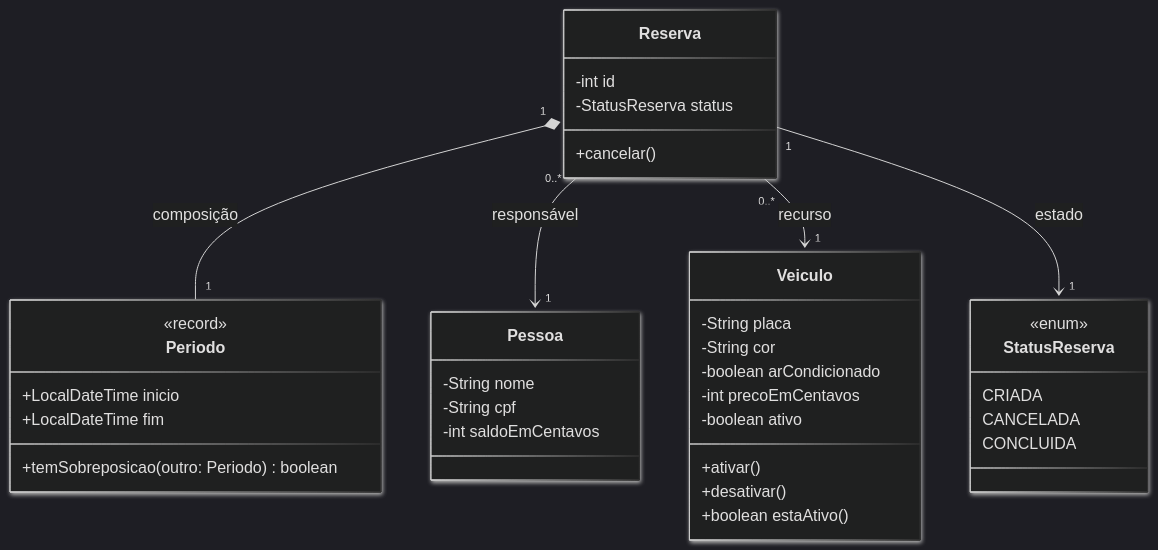
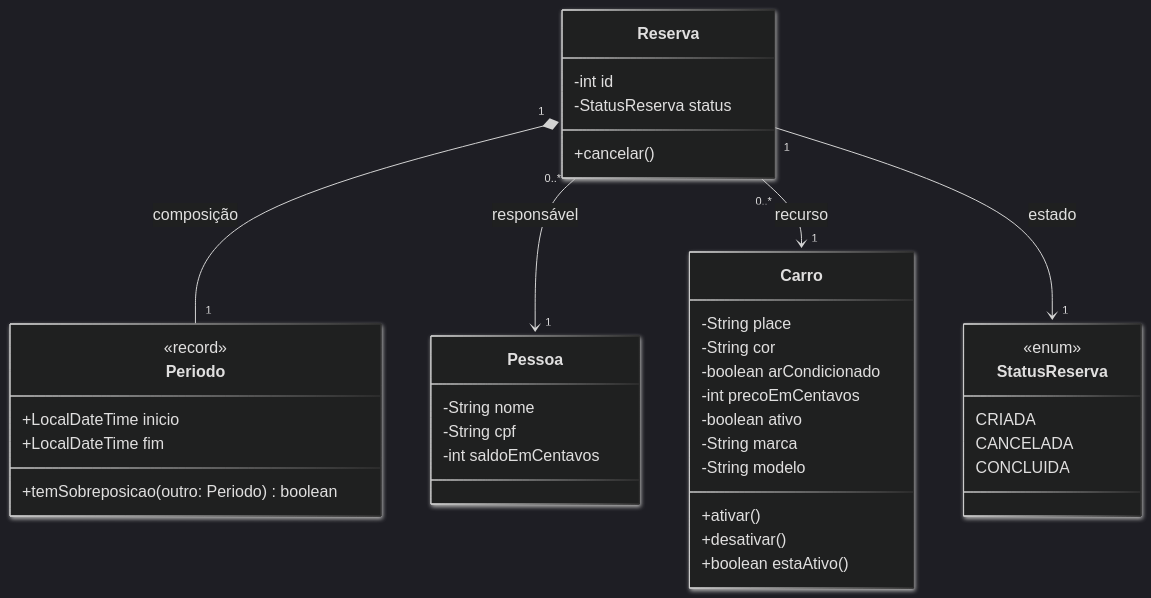
Before and after one commit to Vinny-26/java-project: the diagram in docs/diagrama-de-classes.md, drawn with Mermaid. The commit also changed 4 other files, not shown here.

````diff
--- a/docs/diagrama-de-classes.md
+++ b/docs/diagrama-de-classes.md
@@ -1,50 +1,52 @@
 ```mermaid
 ---
 config:
   theme: dark
   look: neo
 ---
 classDiagram
     
     class StatusReserva {
       <<enum>>
       CRIADA
       CANCELADA
       CONCLUIDA
     }
     
     class Pessoa {
       -String nome
       -String cpf
       -int saldoEmCentavos
     }
     
-    class Veiculo {
-      -String placa
+    class Carro {
+      -String place
       -String cor
       -boolean arCondicionado
       -int precoEmCentavos
       -boolean ativo
+      -String marca
+      -String modelo
       +ativar()
       +desativar()
       +boolean estaAtivo()
     }
 
     class Periodo {
         <<record>>
         +LocalDateTime inicio
         +LocalDateTime fim
         +temSobreposicao(outro: Periodo) boolean
     }
 
     class Reserva {
       -int id
       -StatusReserva status
       +cancelar()
     }
     
     Reserva "1" *-- "1" Periodo : composição
     Reserva "0..*" --> "1" Pessoa : responsável
-    Reserva "0..*" --> "1" Veiculo : recurso
+    Reserva "0..*" --> "1" Carro : recurso
     Reserva "1" --> "1" StatusReserva : estado
 ```
````
